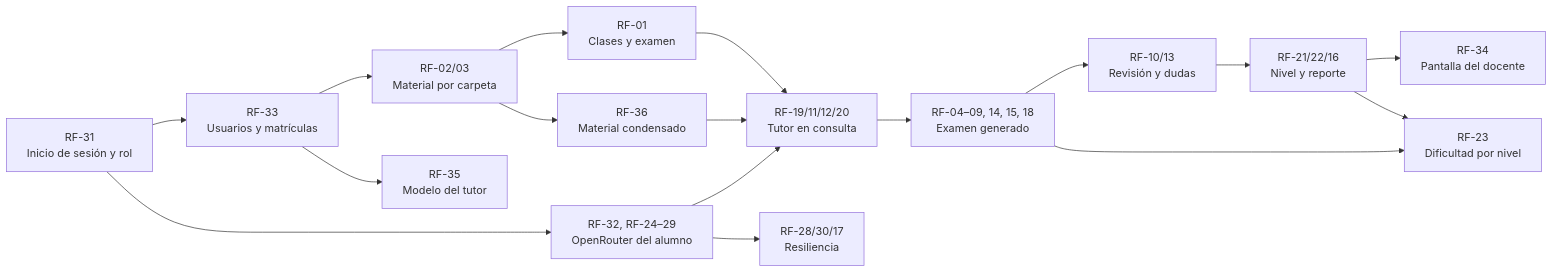
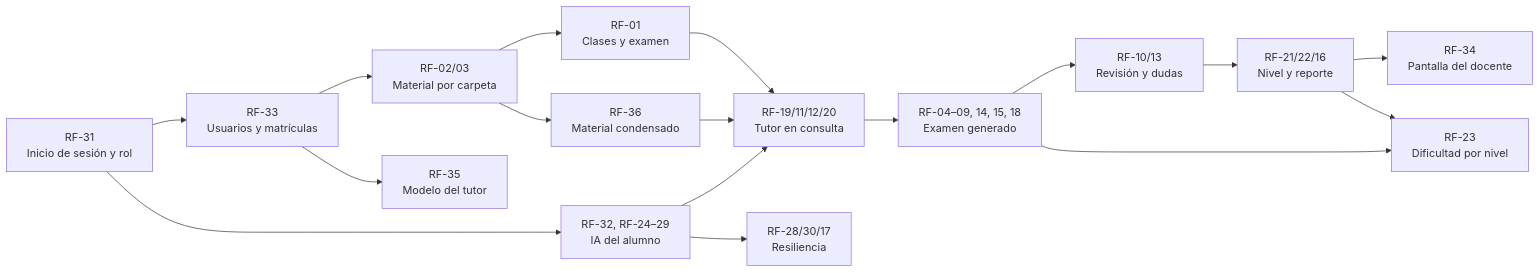
Before and after one commit to hideakiuchida/TutorPre: the diagram in specs/02-requisitos.md, drawn with Mermaid. The commit also changed other lines of this file and 21 other files, not shown here.

First line of the commit message:
OpenRouter retirado de las opciones de conexión

````diff
--- a/specs/02-requisitos.md
+++ b/specs/02-requisitos.md
@@ -63,19 +63,19 @@
 ```mermaid
 flowchart LR
     RF31["RF-31<br/>Inicio de sesión y rol"] --> RF33["RF-33<br/>Usuarios y matrículas"]
     RF33 --> RF02["RF-02/03<br/>Material por carpeta"]
     RF02 --> RF01["RF-01<br/>Clases y examen"]
-    RF31 --> RF32["RF-32, RF-24–29<br/>OpenRouter del alumno"]
+    RF31 --> RF32["RF-32, RF-24–29<br/>IA del alumno"]
     RF01 --> RF19["RF-19/11/12/20<br/>Tutor en consulta"]
     RF32 --> RF19
     RF19 --> RF04["RF-04–09, 14, 15, 18<br/>Examen generado"]
     RF04 --> RF10["RF-10/13<br/>Revisión y dudas"]
     RF10 --> RF21["RF-21/22/16<br/>Nivel y reporte"]
     RF21 --> RF34["RF-34<br/>Pantalla del docente"]
     RF04 --> RF23["RF-23<br/>Dificultad por nivel"]
     RF21 --> RF23
     RF32 --> RF28["RF-28/30/17<br/>Resiliencia"]
     RF33 --> RF35["RF-35<br/>Modelo del tutor"]
     RF02 --> RF36["RF-36<br/>Material condensado"]
     RF36 --> RF19
 ```
````
